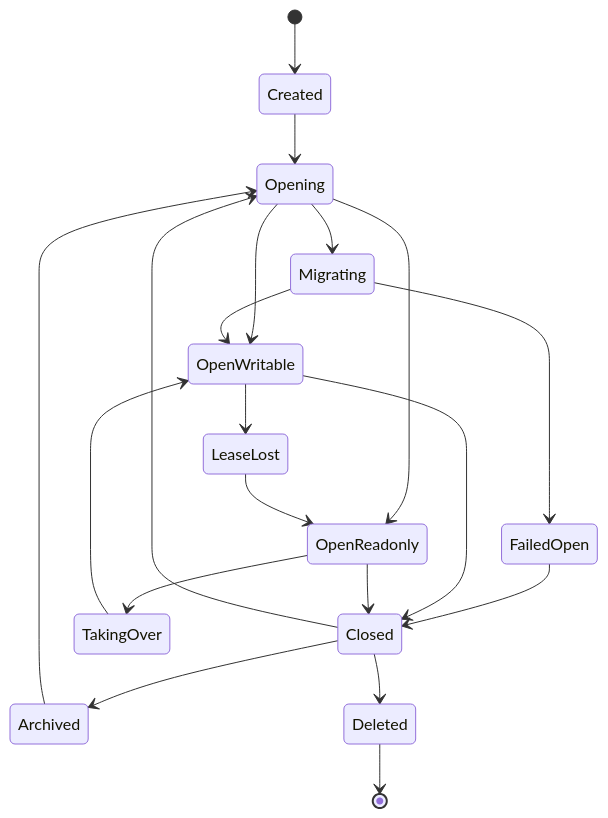
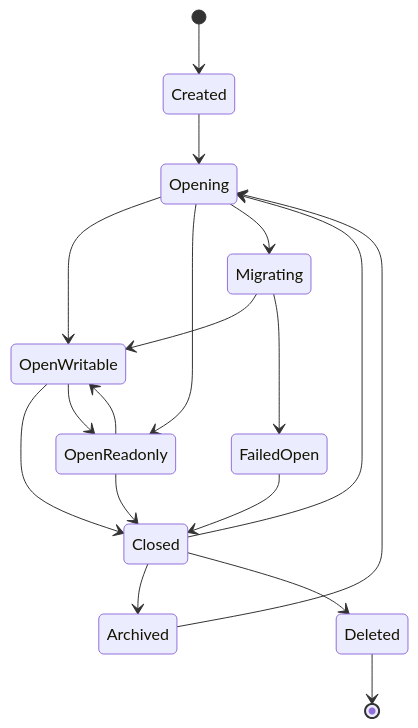
The diagram in spec/platform/R01-project-lifecycle.md (jinhuang712/open-novel), drawn with Mermaid before and after one commit. The commit also changed other lines of this file and 15 other files, not shown here.

````diff
--- a/spec/platform/R01-project-lifecycle.md
+++ b/spec/platform/R01-project-lifecycle.md
@@ -7,22 +7,20 @@
 ```mermaid
 stateDiagram-v2
   [*] --> Created
   Created --> Opening
   Opening --> OpenWritable
   Opening --> OpenReadonly
   Opening --> Migrating
   Migrating --> OpenWritable
   Migrating --> FailedOpen
   FailedOpen --> Closed
   OpenWritable --> Closed
   OpenReadonly --> Closed
-  OpenReadonly --> TakingOver
-  TakingOver --> OpenWritable
-  OpenWritable --> LeaseLost
-  LeaseLost --> OpenReadonly
+  OpenReadonly --> OpenWritable
+  OpenWritable --> OpenReadonly
   Closed --> Opening
   Closed --> Archived
   Archived --> Opening
   Closed --> Deleted
   Deleted --> [*]
 ```
````
